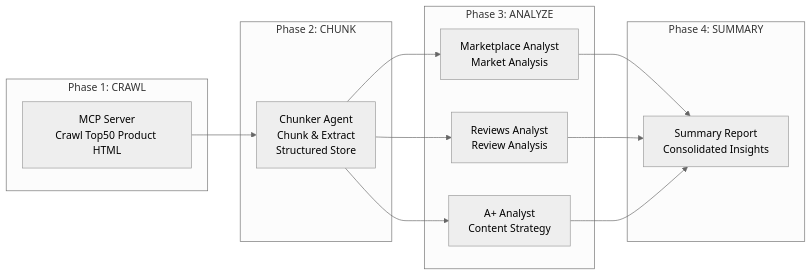
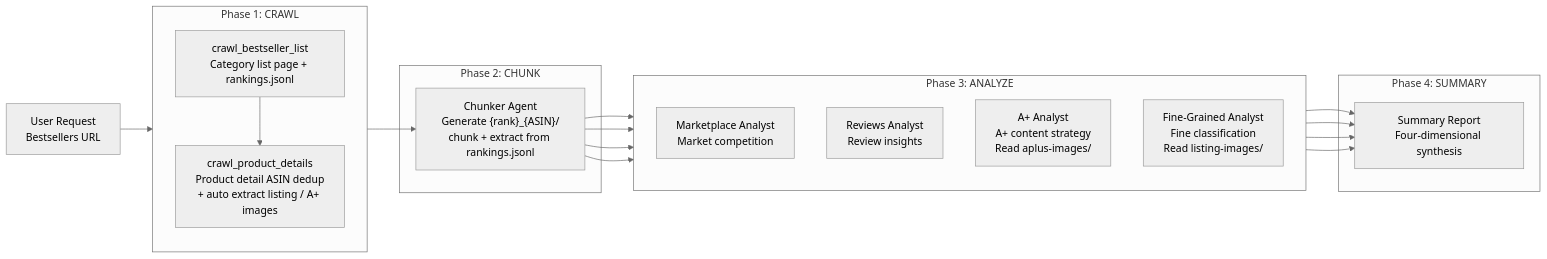
Before and after one commit to mengsi16/amazon-bestsellers-summary-agent: the diagram in README_en.md, drawn with Mermaid (neutral theme). The commit also changed other lines of this file, not shown here.

````diff
--- a/README_en.md
+++ b/README_en.md
@@ -64,24 +66,34 @@
 ```mermaid
 flowchart LR
+    U["User Request<br/>Bestsellers URL"]
+
     subgraph P1["Phase 1: CRAWL"]
-        A["MCP Server<br/>Crawl Top50 Product HTML"]
+        direction TB
+        A1["crawl_bestseller_list<br/>Category list page + rankings.jsonl"]
+        A2["crawl_product_details<br/>Product detail ASIN dedup<br/>+ auto extract listing / A+ images"]
+        A1 --> A2
     end
-    
+
     subgraph P2["Phase 2: CHUNK"]
-        B["Chunker Agent<br/>Chunk & Extract<br/>Structured Store"]
+        B["Chunker Agent<br/>Generate {rank}_{ASIN}/<br/>chunk + extract from rankings.jsonl"]
     end
-    
+
     subgraph P3["Phase 3: ANALYZE"]
-        C["Marketplace Analyst<br/>Market Analysis"]
-        D["Reviews Analyst<br/>Review Analysis"]
-        E["A+ Analyst<br/>Content Strategy"]
+        direction TB
+        C1["Marketplace Analyst<br/>Market competition"]
+        C2["Reviews Analyst<br/>Review insights"]
+        C3["A+ Analyst<br/>A+ content strategy<br/>Read aplus-images/"]
+        C4["Fine-Grained Analyst<br/>Fine classification<br/>Read listing-images/"]
     end
-    
+
     subgraph P4["Phase 4: SUMMARY"]
-        F["Summary Report<br/>Consolidated Insights"]
+        F["Summary Report<br/>Four-dimensional synthesis"]
     end
-    
-    A --> B --> C --> F
-    B --> D --> F
-    B --> E --> F
+
+    U --> A1
+    A2 --> B
+    B --> C1 --> F
+    B --> C2 --> F
+    B --> C3 --> F
+    B --> C4 --> F
 ```
````
